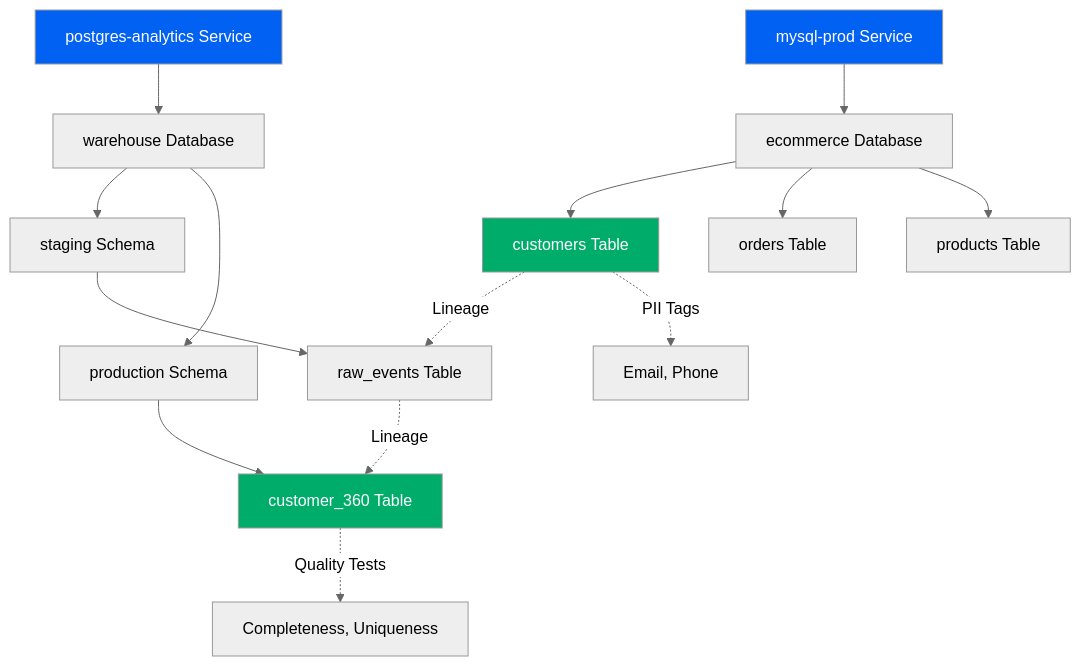
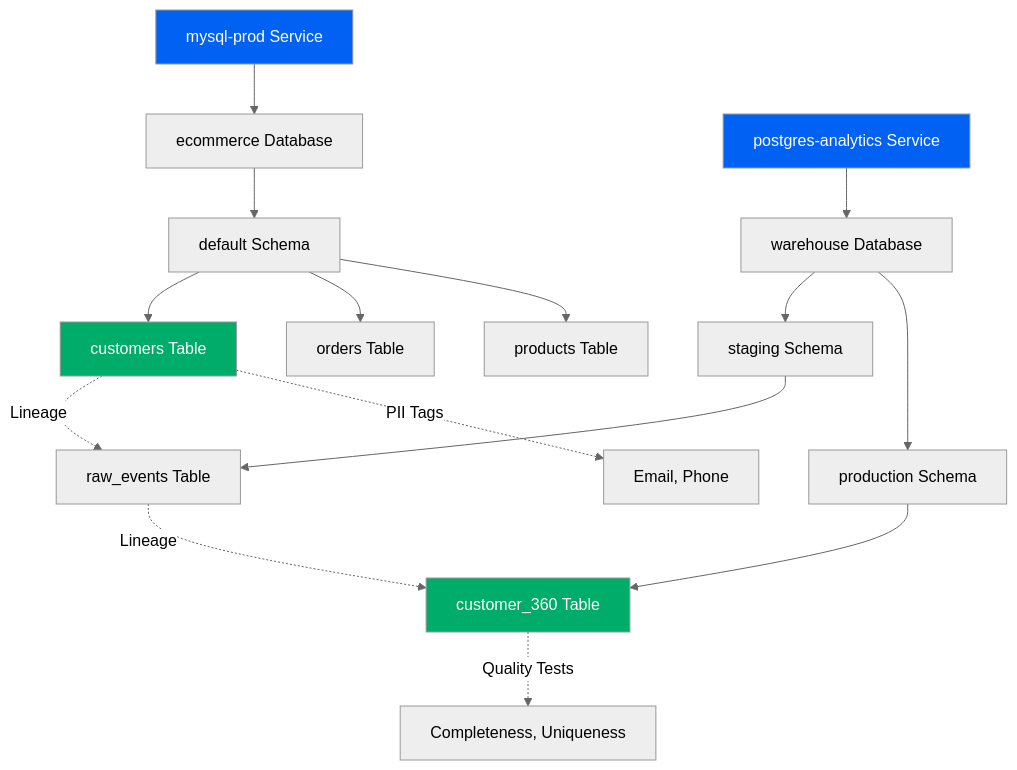
One commit to open-metadata/OpenMetadataStandards changed the second of 2 diagrams in docs/data-assets/databases/overview.md. Above: the diagram before and after it, drawn with Mermaid (neutral theme). The commit also changed other lines of this file and 1 other file, not shown here.

````diff
--- a/docs/data-assets/databases/overview.md
+++ b/docs/data-assets/databases/overview.md
@@ -186,24 +186,25 @@
 ```mermaid
 graph TD
     A[mysql-prod Service] --> B[ecommerce Database]
-    B --> C[customers Table]
-    B --> D[orders Table]
-    B --> E[products Table]
+    B --> B1[default Schema]
+    B1 --> C[customers Table]
+    B1 --> D[orders Table]
+    B1 --> E[products Table]
 
     F[postgres-analytics Service] --> G[warehouse Database]
     G --> H[staging Schema]
     G --> I[production Schema]
     H --> J[raw_events Table]
     I --> K[customer_360 Table]
 
     C -.->|Lineage| J
     J -.->|Lineage| K
 
     C -.->|PII Tags| L[Email, Phone]
     K -.->|Quality Tests| M[Completeness, Uniqueness]
 
     style A fill:#0061f2,color:#fff
     style F fill:#0061f2,color:#fff
     style C fill:#00ac69,color:#fff
     style K fill:#00ac69,color:#fff
 ```
````
